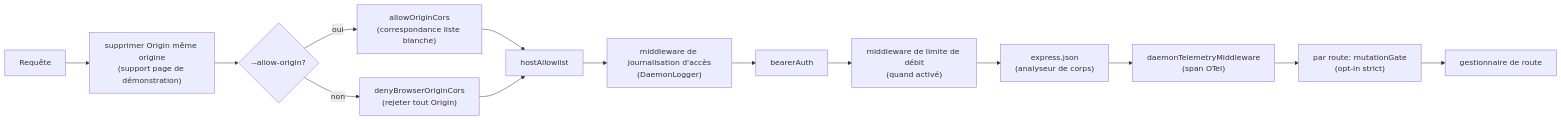
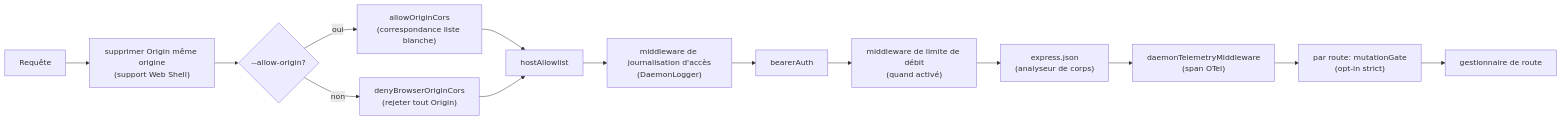
The first of 4 diagrams in website/content/fr/developers/daemon/12-auth-security.md (QwenLM/qwen-code-docs), drawn with Mermaid before and after one commit. The commit also changed other lines of this file and 120 other files, not shown here.

````diff
--- a/website/content/fr/developers/daemon/12-auth-security.md
+++ b/website/content/fr/developers/daemon/12-auth-security.md
@@ -55,16 +55,16 @@
 ```mermaid
 flowchart LR
-    REQ[Requête] --> SO["supprimer Origin même origine<br/>(support page de démonstration)"]
+    REQ[Requête] --> SO["supprimer Origin même origine<br/>(support Web Shell)"]
     SO --> CORS{"--allow-origin?"}
     CORS -->|oui| AO["allowOriginCors<br/>(correspondance liste blanche)"]
     CORS -->|non| DC["denyBrowserOriginCors<br/>(rejeter tout Origin)"]
     AO --> HA["hostAllowlist"]
     DC --> HA
     HA --> LOG["middleware de journalisation d'accès<br/>(DaemonLogger)"]
     LOG --> BA["bearerAuth"]
     BA --> RL["middleware de limite de débit<br/>(quand activé)"]
     RL --> JSON["express.json<br/>(analyseur de corps)"]
     JSON --> TEL["daemonTelemetryMiddleware<br/>(span OTel)"]
     TEL --> MG["par route: mutationGate<br/>(opt-in strict)"]
     MG --> HANDLER["gestionnaire de route"]
 ```
````
